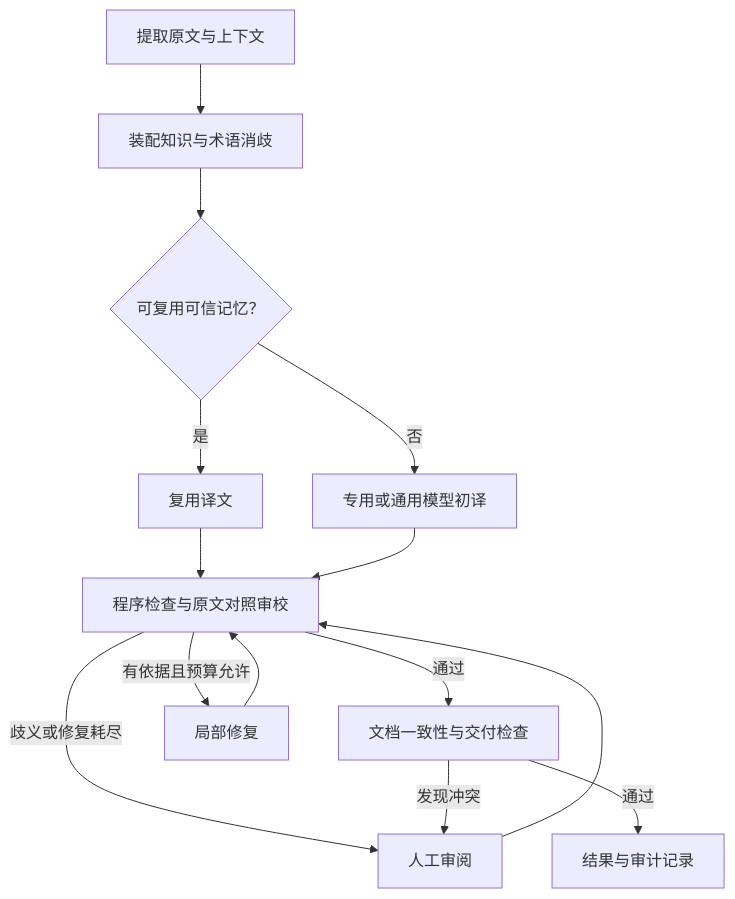
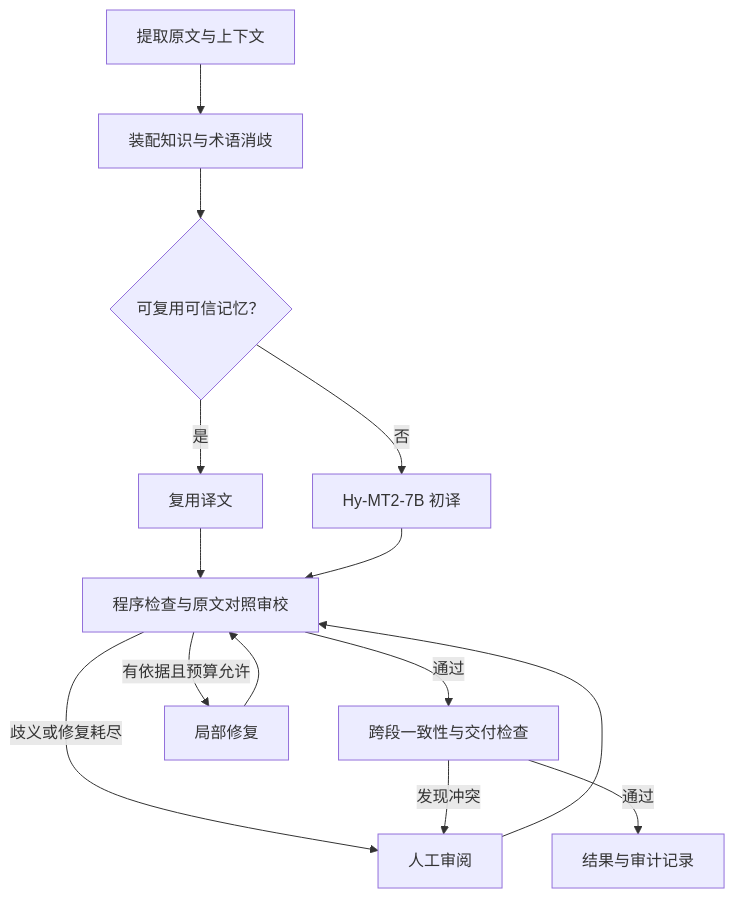
The second of 2 diagrams in docs/technical-design.md (xzhencheng/aifanyi), drawn with Mermaid before and after one commit. The commit also changed other lines of this file and 5 other files, not shown here.

````diff
--- a/docs/technical-design.md
+++ b/docs/technical-design.md
@@ -166,16 +169,16 @@
 ```mermaid
 flowchart TD
     A["提取原文与上下文"] --> B["装配知识与术语消歧"]
     B --> C{"可复用可信记忆？"}
     C -->|是| D["复用译文"]
-    C -->|否| E["专用或通用模型初译"]
+    C -->|否| E["Hy-MT2-7B 初译"]
     D --> F["程序检查与原文对照审校"]
     E --> F
-    F -->|通过| G["文档一致性与交付检查"]
+    F -->|通过| G["跨段一致性与交付检查"]
     F -->|有依据且预算允许| H["局部修复"]
     H --> F
     F -->|歧义或修复耗尽| I["人工审阅"]
     I --> F
     G -->|发现冲突| I
     G -->|通过| J["结果与审计记录"]
 ```
````
